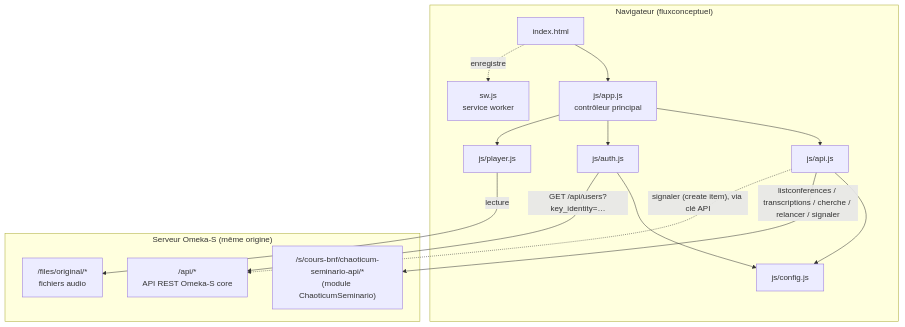
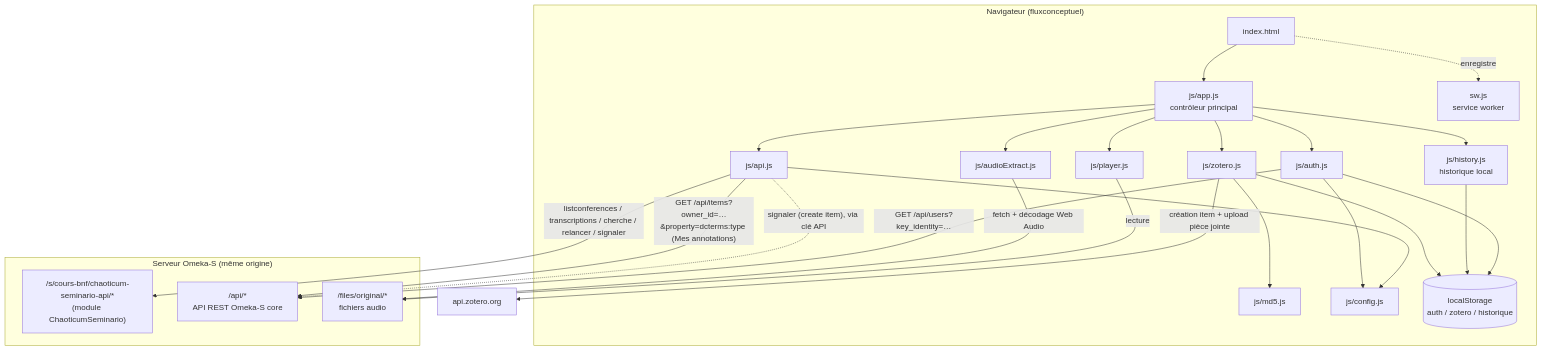
Before and after one commit to samszo/exploDeleuze: the first of 8 diagrams in mobilapp/fluxconceptuel/README.md, drawn with Mermaid. The commit also changed other lines of this file, not shown here.

Commit message:
feat: mise à jour de la documentation avec des précisions sur l'historique d'écoute, l'extraction audio et la vérification des mises à jour

````diff
--- a/mobilapp/fluxconceptuel/README.md
+++ b/mobilapp/fluxconceptuel/README.md
@@ -37,31 +45,48 @@
 ```mermaid
 flowchart TB
     subgraph Client["Navigateur (fluxconceptuel)"]
         HTML[index.html]
         APP[js/app.js<br/>contrôleur principal]
         API[js/api.js]
         AUTH[js/auth.js]
         PLAYER[js/player.js]
+        HIST[js/history.js<br/>historique local]
+        ZOT[js/zotero.js]
+        MD5[js/md5.js]
+        EXTRACT[js/audioExtract.js]
         CONFIG[js/config.js]
         SW[sw.js<br/>service worker]
+        IDB[(localStorage<br/>auth / zotero / historique)]
 
         HTML --> APP
         APP --> API
         APP --> AUTH
         APP --> PLAYER
+        APP --> HIST
+        APP --> ZOT
+        APP --> EXTRACT
+        ZOT --> MD5
         API --> CONFIG
         AUTH --> CONFIG
+        AUTH --> IDB
+        HIST --> IDB
+        ZOT --> IDB
         HTML -.enregistre.-> SW
     end
 
     subgraph Omeka["Serveur Omeka-S (même origine)"]
         SITEAPI["/s/cours-bnf/chaoticum-seminario-api/*<br/>(module ChaoticumSeminario)"]
         CORE["/api/*<br/>API REST Omeka-S core"]
         FILES["/files/original/*<br/>fichiers audio"]
     end
 
+    ZoteroAPI["api.zotero.org"]
+
     API -- "listconferences / transcriptions / cherche / relancer / signaler" --> SITEAPI
     AUTH -- "GET /api/users?key_identity=…" --> CORE
     API -. "signaler (create item), via clé API" .-> CORE
+    API -- "GET /api/items?owner_id=…&property=dcterms:type (Mes annotations)" --> CORE
     PLAYER -- lecture --> FILES
+    EXTRACT -- "fetch + décodage Web Audio" --> FILES
+    ZOT -- "création item + upload pièce jointe" --> ZoteroAPI
 ```
````
